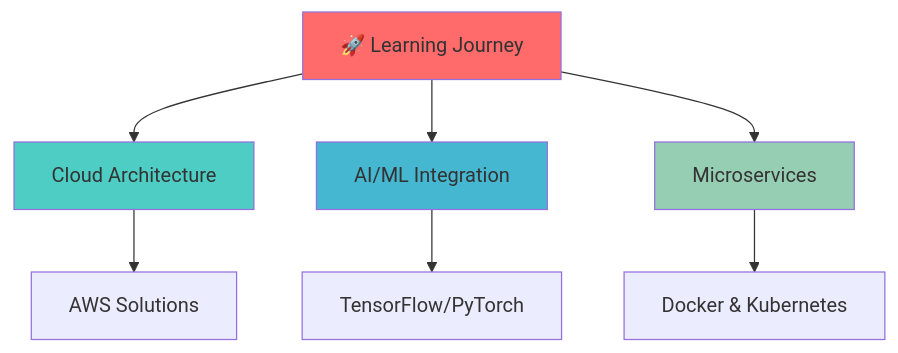
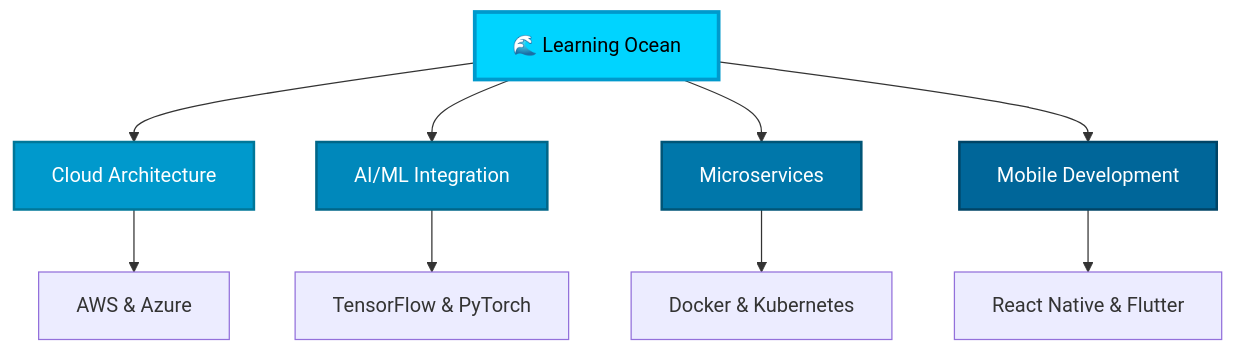
Before and after one commit to NachoOFC/nachoOFC: the diagram in README.md, drawn with Mermaid. The commit also changed other lines of this file, not shown here.

````diff
--- a/README.md
+++ b/README.md
@@ -106,14 +146,17 @@
 ```mermaid
 graph TD
-    A[🚀 Learning Journey] --> B[Cloud Architecture]
-    A --> C[AI/ML Integration]
+    A[🌊 Learning Ocean] --> B[Cloud Architecture]
+    A --> C[AI/ML Integration] 
     A --> D[Microservices]
-    B --> E[AWS Solutions]
-    C --> F[TensorFlow/PyTorch]
-    D --> G[Docker & Kubernetes]
+    A --> E[Mobile Development]
+    B --> F[AWS & Azure]
+    C --> G[TensorFlow & PyTorch]
+    D --> H[Docker & Kubernetes]
+    E --> I[React Native & Flutter]
     
-    style A fill:#ff6b6b
-    style B fill:#4ecdc4
-    style C fill:#45b7d1
-    style D fill:#96ceb4
+    style A fill:#00d4ff,stroke:#0099cc,stroke-width:3px,color:#000
+    style B fill:#0099cc,stroke:#007799,stroke-width:2px,color:#fff
+    style C fill:#0088bb,stroke:#006688,stroke-width:2px,color:#fff
+    style D fill:#0077aa,stroke:#005577,stroke-width:2px,color:#fff
+    style E fill:#006699,stroke:#004466,stroke-width:2px,color:#fff
 ```
````
